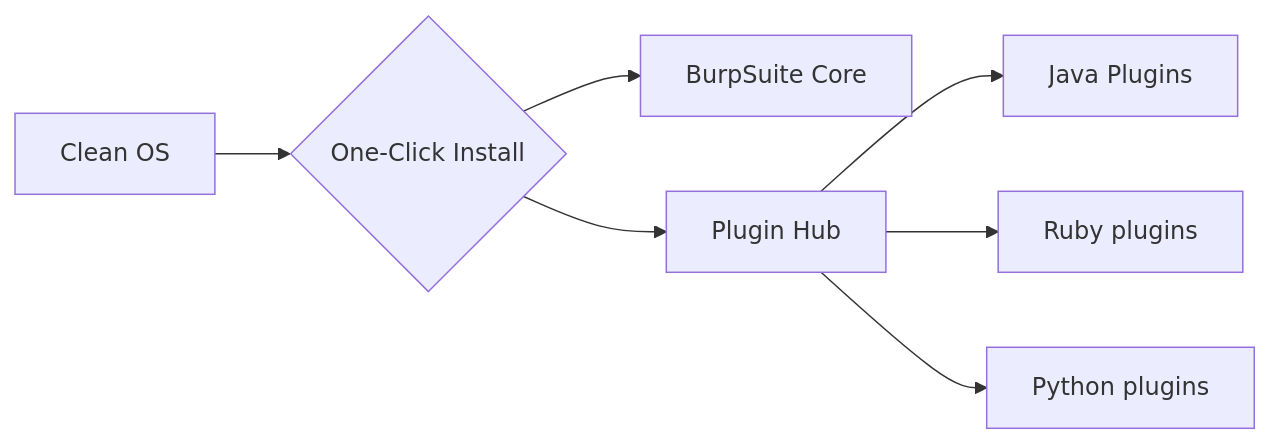
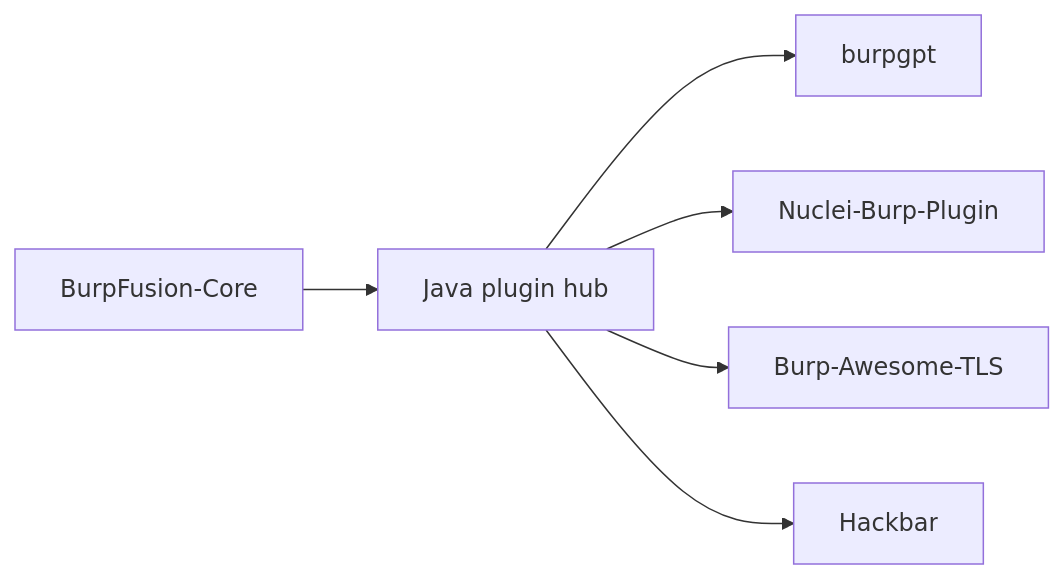
Before and after one commit to oneclick-burp/BurpFusion-Core: the diagram in README.md, drawn with Mermaid. The commit also changed other lines of this file, not shown here.

````diff
--- a/README.md
+++ b/README.md
@@ -63,9 +131,8 @@
 ```mermaid
 graph LR
-A[Clean OS] --> B{One-Click Install}
-B --> C[BurpSuite Core]
-B --> D[Plugin Hub]
-D --> E[Java Plugins]
-D --> F[Ruby plugins]
-D --> G[Python plugins]
+A[BurpFusion-Core] --> B[Java plugin hub]
+B --> C[burpgpt]
+B --> D[Nuclei-Burp-Plugin]
+B --> E[Burp-Awesome-TLS]
+B --> F[Hackbar]
 ```
````
